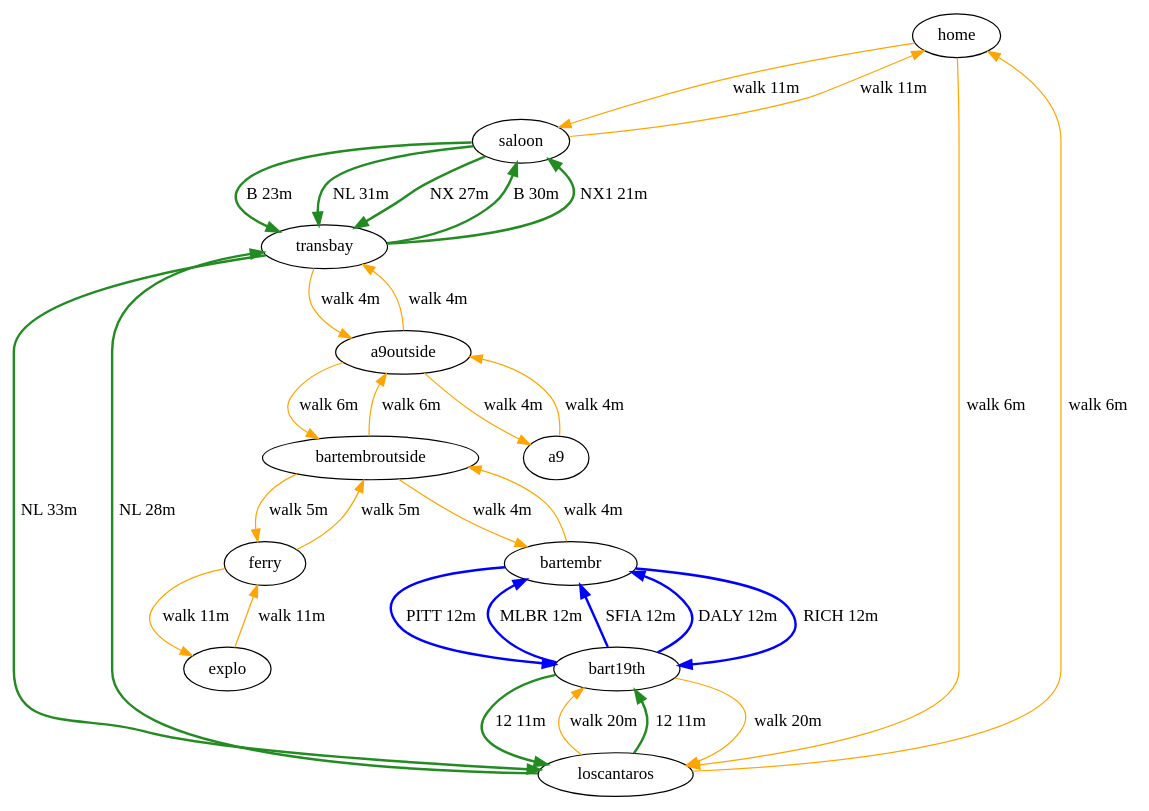
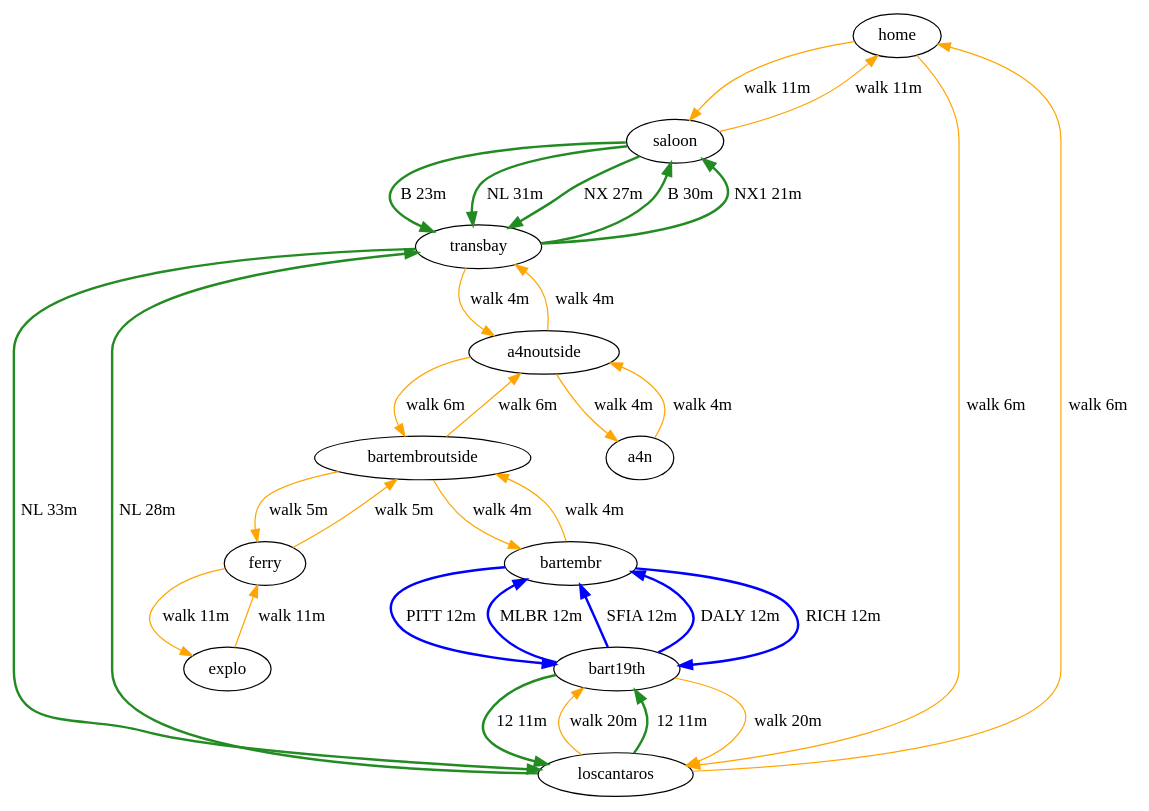
The diagram in build/graph.dot (longears/busfinder), drawn with Graphviz before and after one commit. The commit also changed 9 other files, not shown here.

```diff
--- a/build/graph.dot
+++ b/build/graph.dot
@@ -1,35 +1,35 @@
 digraph {
     edge [len=3];
     home -> saloon[label="walk 11m", color=orange];
     saloon -> home[label="walk 11m", color=orange];
     home -> loscantaros[label="walk 6m", color=orange];
     loscantaros -> home[label="walk 6m", color=orange];
     loscantaros -> bart19th[label="walk 20m", color=orange];
     bart19th -> loscantaros[label="walk 20m", color=orange];
     ferry -> explo[label="walk 11m", color=orange];
     explo -> ferry[label="walk 11m", color=orange];
     ferry -> bartembroutside[label="walk 5m", color=orange];
     bartembroutside -> ferry[label="walk 5m", color=orange];
-    bartembroutside -> a9outside[label="walk 6m", color=orange];
-    a9outside -> bartembroutside[label="walk 6m", color=orange];
-    a9outside -> transbay[label="walk 4m", color=orange];
-    transbay -> a9outside[label="walk 4m", color=orange];
+    bartembroutside -> a4noutside[label="walk 6m", color=orange];
+    a4noutside -> bartembroutside[label="walk 6m", color=orange];
+    a4noutside -> transbay[label="walk 4m", color=orange];
+    transbay -> a4noutside[label="walk 4m", color=orange];
     bartembr -> bartembroutside[label="walk 4m", color=orange];
     bartembroutside -> bartembr[label="walk 4m", color=orange];
-    a9outside -> a9[label="walk 4m", color=orange];
-    a9 -> a9outside[label="walk 4m", color=orange];
+    a4noutside -> a4n[label="walk 4m", color=orange];
+    a4n -> a4noutside[label="walk 4m", color=orange];
     loscantaros -> bart19th[label="12 11m", color=forestgreen, style=bold];
     bart19th -> loscantaros[label="12 11m", color=forestgreen, style=bold];
     bart19th -> bartembr[label="MLBR 12m", color=blue, style=bold];
     bart19th -> bartembr[label="SFIA 12m", color=blue, style=bold];
     bart19th -> bartembr[label="DALY 12m", color=blue, style=bold];
     bartembr -> bart19th[label="RICH 12m", color=blue, style=bold];
     bartembr -> bart19th[label="PITT 12m", color=blue, style=bold];
     saloon -> transbay[label="B 23m", color=forestgreen, style=bold];
     saloon -> transbay[label="NL 31m", color=forestgreen, style=bold];
     saloon -> transbay[label="NX 27m", color=forestgreen, style=bold];
     loscantaros -> transbay[label="NL 28m", color=forestgreen, style=bold];
     transbay -> saloon[label="B 30m", color=forestgreen, style=bold];
     transbay -> loscantaros[label="NL 33m", color=forestgreen, style=bold];
     transbay -> saloon[label="NX1 21m", color=forestgreen, style=bold];
 }
```
